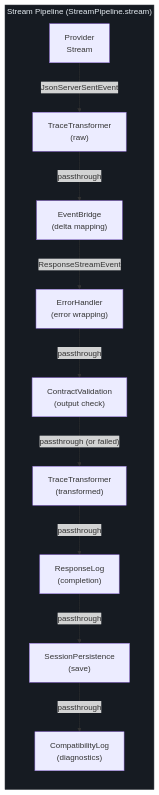
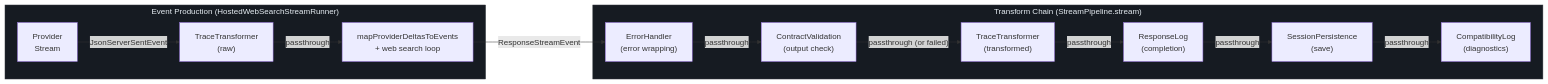
Before and after one commit to Ahoo-Wang/GodeX: the first of 5 diagrams in wiki/02-architecture/stream-transforms.md, drawn with Mermaid. The commit also changed other lines of this file and 70 other files, not shown here.

````diff
--- a/wiki/02-architecture/stream-transforms.md
+++ b/wiki/02-architecture/stream-transforms.md
@@ -27,25 +28,30 @@
 ```mermaid
 flowchart LR
-    subgraph Pipeline ["Stream Pipeline (StreamPipeline.stream)"]
-        style Pipeline fill:#161b22,stroke:#30363d,color:#e6edf3
+    subgraph Production ["Event Production (HostedWebSearchStreamRunner)"]
+        style Production fill:#161b22,stroke:#30363d,color:#e6edf3
 
         Upstream["Provider<br>Stream"]
         T1["TraceTransformer<br>(raw)"]
-        Bridge["EventBridge<br>(delta mapping)"]
+        Map["mapProviderDeltasToEvents<br>+ web search loop"]
+    end
+
+    subgraph Chain ["Transform Chain (StreamPipeline.stream)"]
+        style Chain fill:#161b22,stroke:#30363d,color:#e6edf3
+
         Err["ErrorHandler<br>(error wrapping)"]
         Valid["ContractValidation<br>(output check)"]
         T2["TraceTransformer<br>(transformed)"]
         Log["ResponseLog<br>(completion)"]
         Sess["SessionPersistence<br>(save)"]
         Comp["CompatibilityLog<br>(diagnostics)"]
     end
 
     Upstream -->|"JsonServerSentEvent"| T1
-    T1 -->|"passthrough"| Bridge
-    Bridge -->|"ResponseStreamEvent"| Err
+    T1 -->|"passthrough"| Map
+    Map -->|"ResponseStreamEvent"| Err
     Err -->|"passthrough"| Valid
     Valid -->|"passthrough (or failed)"| T2
     T2 -->|"passthrough"| Log
     Log -->|"passthrough"| Sess
     Sess -->|"passthrough"| Comp
 ```
````
